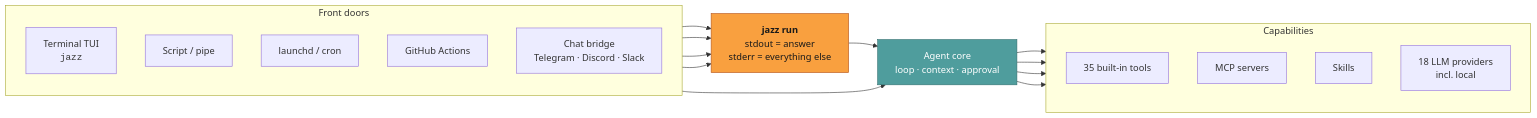
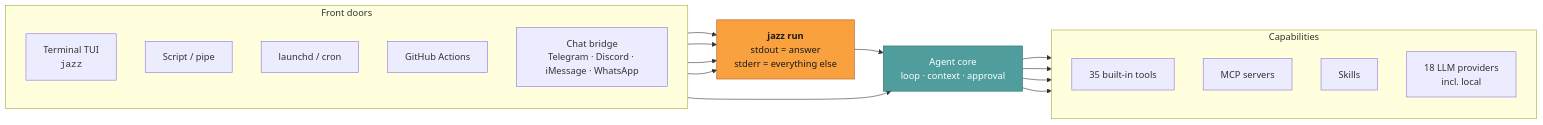
Before and after one commit to lvndry/jazz: the first of 2 diagrams in docs/use-cases/index.md, drawn with Mermaid. The commit also changed other lines of this file and 8 other files, not shown here.

````diff
--- a/docs/use-cases/index.md
+++ b/docs/use-cases/index.md
@@ -46,38 +48,38 @@
 ```mermaid
 flowchart LR
     subgraph front["Front doors"]
         direction TB
         TUI["Terminal TUI<br/><code>jazz</code>"]
         SCRIPT["Script / pipe"]
         CRON["launchd / cron"]
         CI["GitHub Actions"]
-        BRIDGE["Chat bridge<br/>Telegram · Discord · Slack"]
+        BRIDGE["Chat bridge<br/>Telegram · Discord · iMessage · WhatsApp"]
     end
 
     RUN["<b>jazz run</b><br/>stdout = answer<br/>stderr = everything else"]
     CORE["Agent core<br/>loop · context · approval"]
 
     subgraph back["Capabilities"]
         direction TB
         TOOLS["35 built-in tools"]
         MCP["MCP servers"]
         SKILLS["Skills"]
         LLM["18 LLM providers<br/>incl. local"]
     end
 
     TUI --> CORE
     SCRIPT --> RUN
     CRON --> RUN
     CI --> RUN
     BRIDGE --> RUN
     RUN --> CORE
     CORE --> TOOLS
     CORE --> MCP
     CORE --> SKILLS
     CORE --> LLM
 
     classDef primitive fill:#f9a03f,stroke:#b3541e,color:#1a1a1a
     classDef core fill:#4f9d9d,stroke:#2f6d6d,color:#ffffff
     class RUN primitive
     class CORE core
 ```
````
